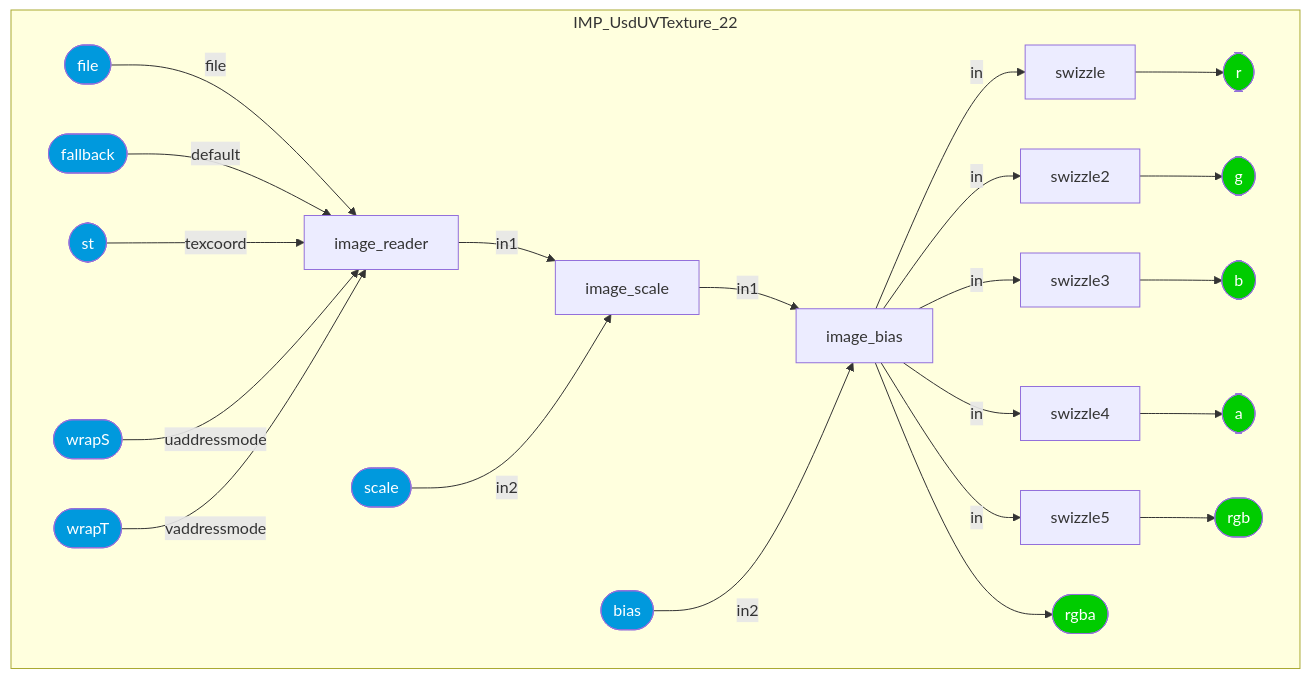
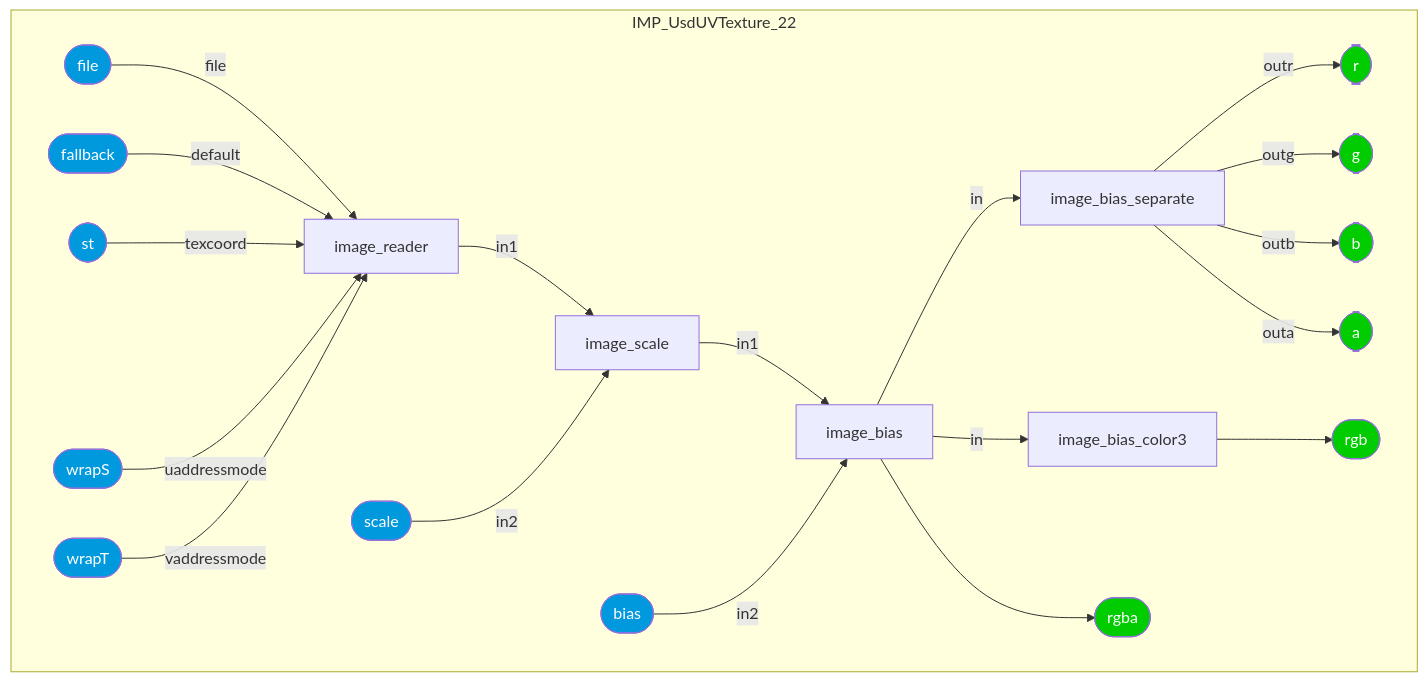
Diagram 15 of 43 in documents/definitions/bxdf_doc.md (kwokcb/MaterialX_Learn), drawn with Mermaid before and after one commit. The commit also changed other lines of this file and 553 other files, not shown here.

````diff
--- a/documents/definitions/bxdf_doc.md
+++ b/documents/definitions/bxdf_doc.md
@@ -2138,59 +2368,53 @@
 ```mermaid
 graph TB
     subgraph IMP_UsdUVTexture_22
     IMP_UsdUVTexture_22_image_reader[image_reader]
     IMP_UsdUVTexture_22_image_scale[image_scale]
     IMP_UsdUVTexture_22_image_bias[image_bias]
-    IMP_UsdUVTexture_22_swizzle[swizzle]
+    IMP_UsdUVTexture_22_image_bias_separate[image_bias_separate]
+    IMP_UsdUVTexture_22_image_bias_color3[image_bias_color3]
     style IMP_UsdUVTexture_22_r  fill:#0C0, color:#FFF
     IMP_UsdUVTexture_22_r([r])
-    IMP_UsdUVTexture_22_swizzle2[swizzle2]
     style IMP_UsdUVTexture_22_g  fill:#0C0, color:#FFF
     IMP_UsdUVTexture_22_g([g])
-    IMP_UsdUVTexture_22_swizzle3[swizzle3]
     style IMP_UsdUVTexture_22_b  fill:#0C0, color:#FFF
     IMP_UsdUVTexture_22_b([b])
-    IMP_UsdUVTexture_22_swizzle4[swizzle4]
     style IMP_UsdUVTexture_22_a  fill:#0C0, color:#FFF
     IMP_UsdUVTexture_22_a([a])
-    IMP_UsdUVTexture_22_swizzle5[swizzle5]
     style IMP_UsdUVTexture_22_rgb  fill:#0C0, color:#FFF
     IMP_UsdUVTexture_22_rgb([rgb])
     style IMP_UsdUVTexture_22_rgba  fill:#0C0, color:#FFF
     IMP_UsdUVTexture_22_rgba([rgba])
     style IMP_UsdUVTexture_22_file  fill:#09D, color:#FFF
     IMP_UsdUVTexture_22_file([file])
     style IMP_UsdUVTexture_22_fallback  fill:#09D, color:#FFF
     IMP_UsdUVTexture_22_fallback([fallback])
     style IMP_UsdUVTexture_22_st  fill:#09D, color:#FFF
     IMP_UsdUVTexture_22_st([st])
     style IMP_UsdUVTexture_22_wrapS  fill:#09D, color:#FFF
     IMP_UsdUVTexture_22_wrapS([wrapS])
     style IMP_UsdUVTexture_22_wrapT  fill:#09D, color:#FFF
     IMP_UsdUVTexture_22_wrapT([wrapT])
     style IMP_UsdUVTexture_22_scale  fill:#09D, color:#FFF
     IMP_UsdUVTexture_22_scale([scale])
     style IMP_UsdUVTexture_22_bias  fill:#09D, color:#FFF
     IMP_UsdUVTexture_22_bias([bias])
     end
     IMP_UsdUVTexture_22_file --"file"--> IMP_UsdUVTexture_22_image_reader
     IMP_UsdUVTexture_22_fallback --"default"--> IMP_UsdUVTexture_22_image_reader
     IMP_UsdUVTexture_22_st --"texcoord"--> IMP_UsdUVTexture_22_image_reader
     IMP_UsdUVTexture_22_wrapS --"uaddressmode"--> IMP_UsdUVTexture_22_image_reader
     IMP_UsdUVTexture_22_wrapT --"vaddressmode"--> IMP_UsdUVTexture_22_image_reader
     IMP_UsdUVTexture_22_image_reader --"in1"--> IMP_UsdUVTexture_22_image_scale
     IMP_UsdUVTexture_22_scale --"in2"--> IMP_UsdUVTexture_22_image_scale
     IMP_UsdUVTexture_22_image_scale --"in1"--> IMP_UsdUVTexture_22_image_bias
     IMP_UsdUVTexture_22_bias --"in2"--> IMP_UsdUVTexture_22_image_bias
-    IMP_UsdUVTexture_22_image_bias --"in"--> IMP_UsdUVTexture_22_swizzle
-    IMP_UsdUVTexture_22_swizzle --> IMP_UsdUVTexture_22_r
-    IMP_UsdUVTexture_22_image_bias --"in"--> IMP_UsdUVTexture_22_swizzle2
-    IMP_UsdUVTexture_22_swizzle2 --> IMP_UsdUVTexture_22_g
-    IMP_UsdUVTexture_22_image_bias --"in"--> IMP_UsdUVTexture_22_swizzle3
-    IMP_UsdUVTexture_22_swizzle3 --> IMP_UsdUVTexture_22_b
-    IMP_UsdUVTexture_22_image_bias --"in"--> IMP_UsdUVTexture_22_swizzle4
-    IMP_UsdUVTexture_22_swizzle4 --> IMP_UsdUVTexture_22_a
-    IMP_UsdUVTexture_22_image_bias --"in"--> IMP_UsdUVTexture_22_swizzle5
-    IMP_UsdUVTexture_22_swizzle5 --> IMP_UsdUVTexture_22_rgb
+    IMP_UsdUVTexture_22_image_bias --"in"--> IMP_UsdUVTexture_22_image_bias_separate
+    IMP_UsdUVTexture_22_image_bias --"in"--> IMP_UsdUVTexture_22_image_bias_color3
+    IMP_UsdUVTexture_22_image_bias_separate --"outr"--> IMP_UsdUVTexture_22_r
+    IMP_UsdUVTexture_22_image_bias_separate --"outg"--> IMP_UsdUVTexture_22_g
+    IMP_UsdUVTexture_22_image_bias_separate --"outb"--> IMP_UsdUVTexture_22_b
+    IMP_UsdUVTexture_22_image_bias_separate --"outa"--> IMP_UsdUVTexture_22_a
+    IMP_UsdUVTexture_22_image_bias_color3 --> IMP_UsdUVTexture_22_rgb
     IMP_UsdUVTexture_22_image_bias --> IMP_UsdUVTexture_22_rgba
 ```
````
